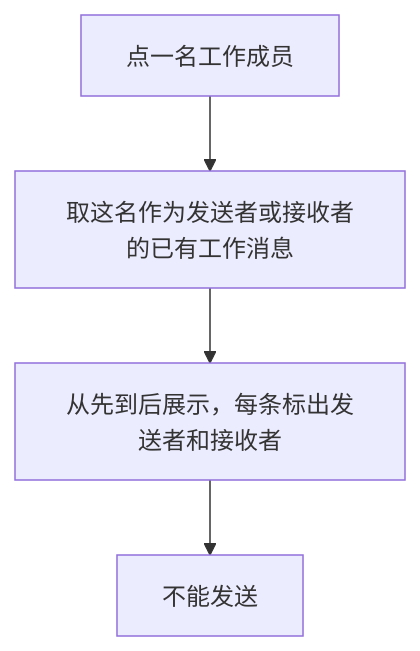
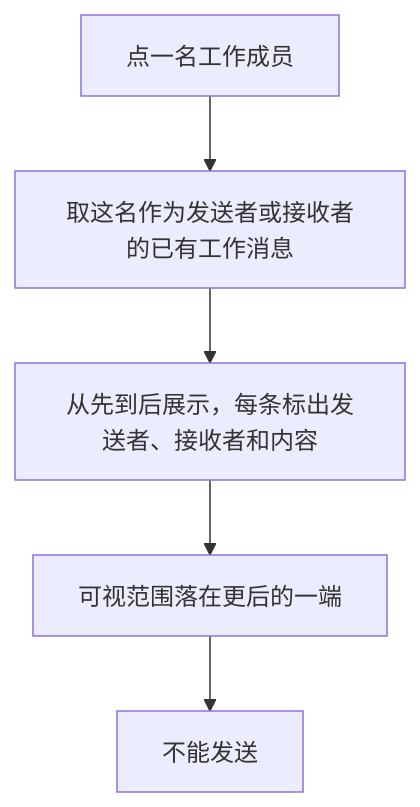
The fourth of 6 diagrams in docs/design/25-readonly-workspace-ui/product.md (xforce-io/atelier), drawn with Mermaid before and after one commit. The commit also changed other lines of this file and 7 other files, not shown here.

````diff
--- a/docs/design/25-readonly-workspace-ui/product.md
+++ b/docs/design/25-readonly-workspace-ui/product.md
@@ -174,6 +196,7 @@
 ```mermaid
 flowchart TD
     A[点一名工作成员] --> B[取这名作为发送者或接收者的已有工作消息]
-    B --> C[从先到后展示，每条标出发送者和接收者]
-    C --> D[不能发送]
+    B --> C[从先到后展示，每条标出发送者、接收者和内容]
+    C --> D[可视范围落在更后的一端]
+    D --> E[不能发送]
 ```
````
